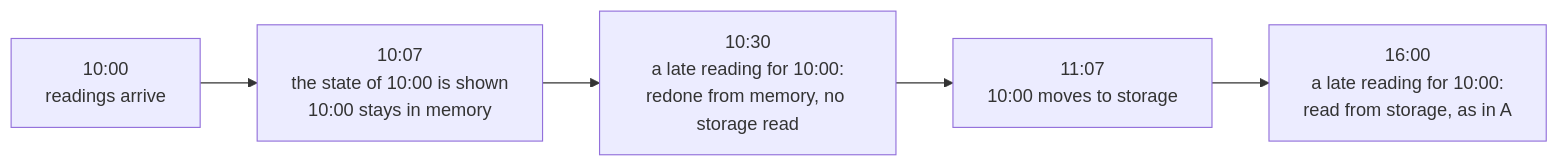
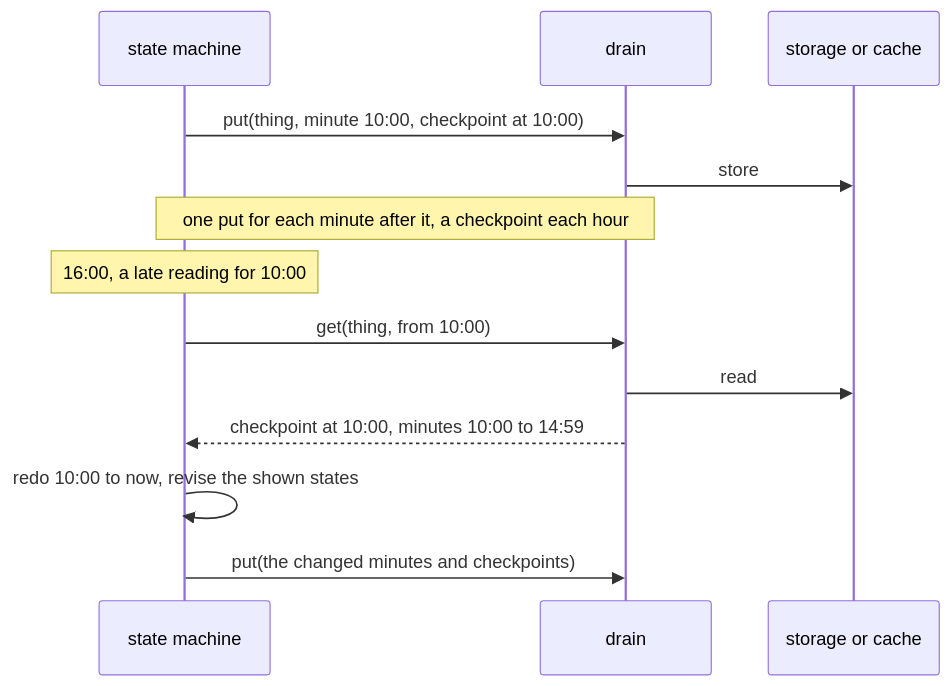
Before and after one commit to abossard/sattle: the second of 2 diagrams in paper/research/16-fold-state-per-key.md, drawn with Mermaid. The commit also changed other lines of this file, not shown here.

````diff
--- a/paper/research/16-fold-state-per-key.md
+++ b/paper/research/16-fold-state-per-key.md
@@ -41,7 +35,15 @@
 ```mermaid
-flowchart LR
-  A["10:00<br/>readings arrive"] --> B["10:07<br/>the state of 10:00 is shown<br/>10:00 stays in memory"]
-  B --> C["10:30<br/>a late reading for 10:00:<br/>redone from memory, no storage read"]
-  C --> D["11:07<br/>10:00 moves to storage"]
-  D --> E["16:00<br/>a late reading for 10:00:<br/>read from storage, as in A"]
+sequenceDiagram
+  participant S as state machine
+  participant D as drain
+  participant T as storage or cache
+  S->>D: put(thing, minute 10:00, checkpoint at 10:00)
+  D->>T: store
+  Note over S,D: one put for each minute after it, a checkpoint each hour
+  Note over S: 16:00, a late reading for 10:00
+  S->>D: get(thing, from 10:00)
+  D->>T: read
+  D-->>S: checkpoint at 10:00, minutes 10:00 to 14:59
+  S->>S: redo 10:00 to now, revise the shown states
+  S->>D: put(the changed minutes and checkpoints)
 ```
````
